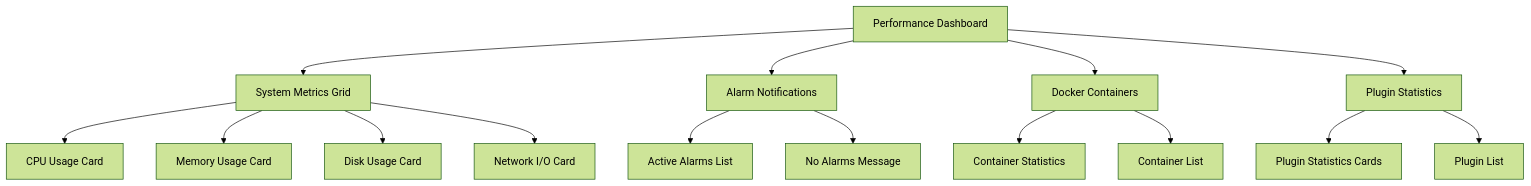
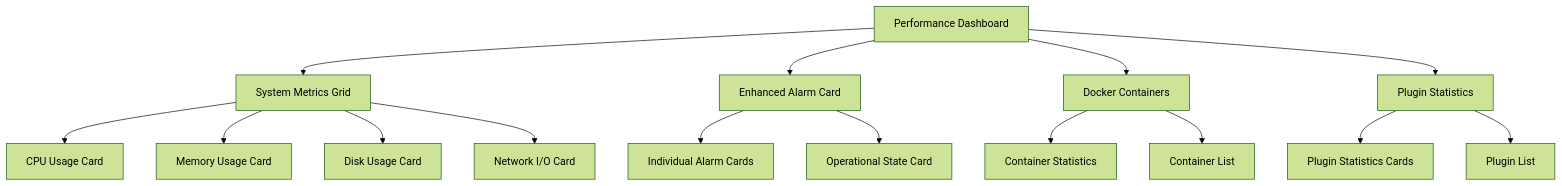
The eighth of 10 diagrams in .qoder/repowiki/en/content/Built-in Plugins/Performance Plugin.md (Nikita5543/New-SSO-02), drawn with Mermaid (forest theme) before and after one commit. The commit also changed other lines of this file and 3 other files, not shown here.

````diff
--- a/.qoder/repowiki/en/content/Built-in Plugins/Performance Plugin.md
+++ b/.qoder/repowiki/en/content/Built-in Plugins/Performance Plugin.md
@@ -320,17 +357,17 @@
 ```mermaid
 flowchart TD
 Dashboard["Performance Dashboard"] --> MetricsGrid["System Metrics Grid"]
-Dashboard --> AlarmsSection["Alarm Notifications"]
+Dashboard --> AlarmsSection["Enhanced Alarm Card"]
 Dashboard --> Containers["Docker Containers"]
 Dashboard --> Plugins["Plugin Statistics"]
 MetricsGrid --> CPUCard["CPU Usage Card"]
 MetricsGrid --> MemoryCard["Memory Usage Card"]
 MetricsGrid --> DiskCard["Disk Usage Card"]
 MetricsGrid --> NetworkCard["Network I/O Card"]
-AlarmsSection --> AlarmList["Active Alarms List"]
-AlarmsSection --> NoAlarms["No Alarms Message"]
+AlarmsSection --> AlarmCards["Individual Alarm Cards"]
+AlarmsSection --> OperationalCard["Operational State Card"]
 Containers --> ContainerStats["Container Statistics"]
 Containers --> ContainerList["Container List"]
 Plugins --> PluginStats["Plugin Statistics Cards"]
 Plugins --> PluginList["Plugin List"]
 ```
````
